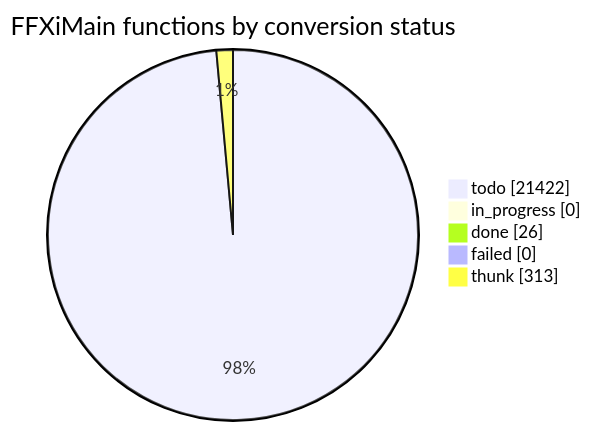
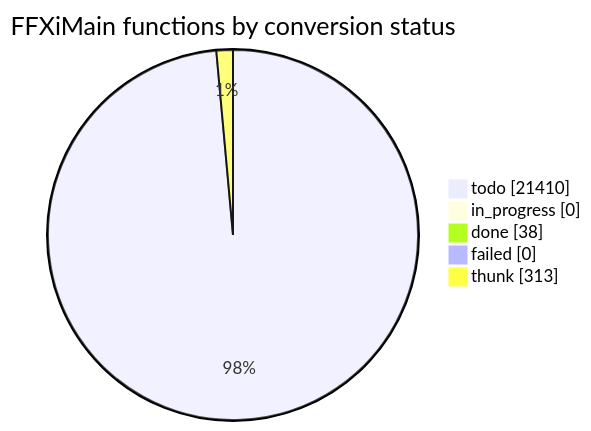
One commit to cowrevenge/cow_kuluu_xi_anything changed the diagram in docs/cow/STATUS.md. Above: the diagram before and after it, drawn with Mermaid. The commit also changed other lines of this file and 19 other files, not shown here.

````diff
--- a/docs/cow/STATUS.md
+++ b/docs/cow/STATUS.md
@@ -18,9 +18,9 @@
 ```mermaid
 pie showData
     title FFXiMain functions by conversion status
-    "todo" : 21422
+    "todo" : 21410
     "in_progress" : 0
-    "done" : 26
+    "done" : 38
     "failed" : 0
     "thunk" : 313
 ```
````
